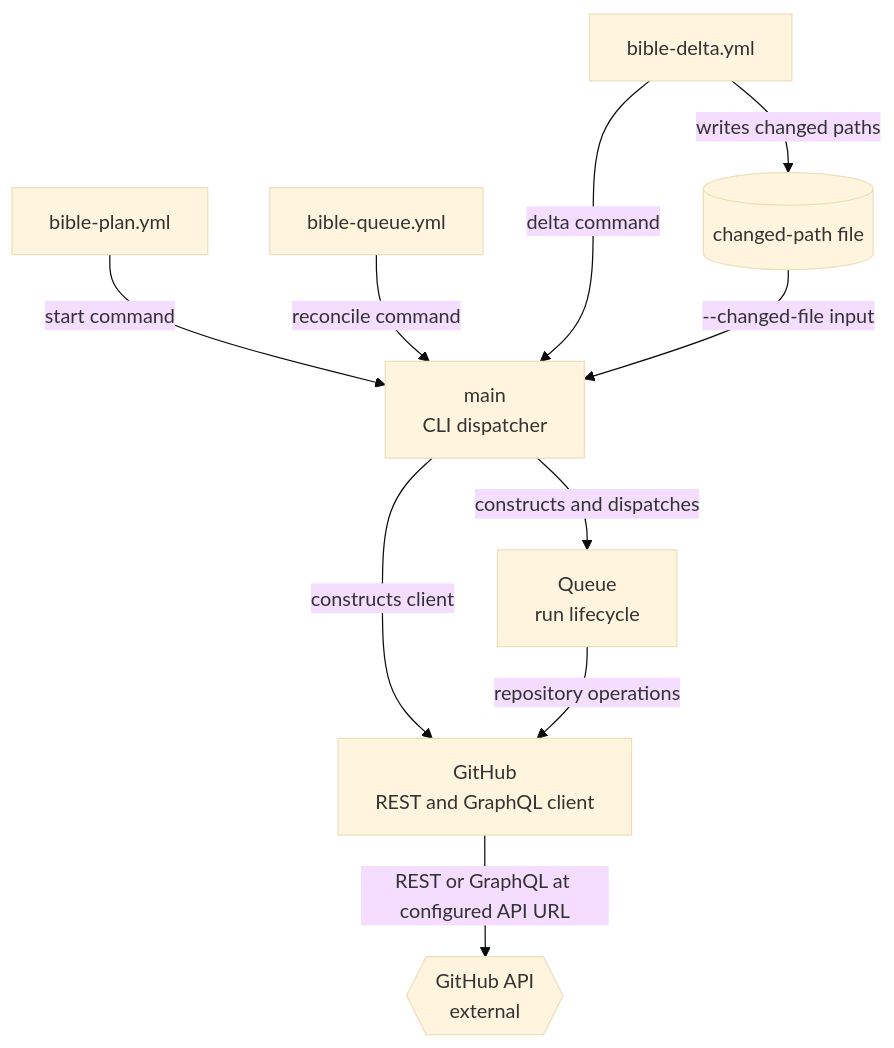
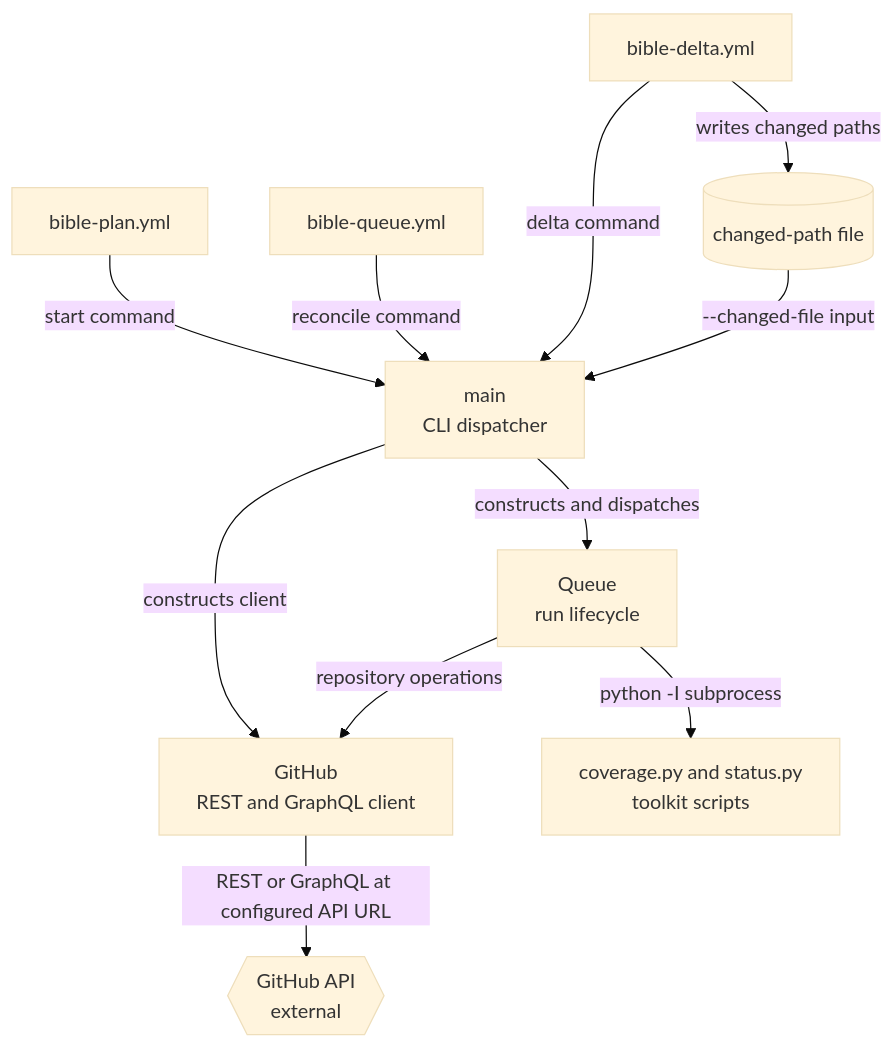
Before and after one commit to vishalc412/bible-mode-b-test: the first of 4 diagrams in codebase-analysis/lld/bible-mode-b/README.md, drawn with Mermaid (base theme). The commit also changed other lines of this file and 6 other files, not shown here.

````diff
--- a/codebase-analysis/lld/bible-mode-b/README.md
+++ b/codebase-analysis/lld/bible-mode-b/README.md
@@ -38,20 +40,22 @@
 ```mermaid
 flowchart TB
   planworkflow["bible-plan.yml"]
   queueworkflow["bible-queue.yml"]
   deltaworkflow["bible-delta.yml"]
   changedfile[("changed-path file")]
   main["main<br/>CLI dispatcher"]
   queue["Queue<br/>run lifecycle"]
   client["GitHub<br/>REST and GraphQL client"]
+  scripts["coverage.py and status.py<br/>toolkit scripts"]
   api{{"GitHub API<br/>external"}}
   planworkflow -->|"start command"| main
   queueworkflow -->|"reconcile command"| main
   deltaworkflow -->|"delta command"| main
   deltaworkflow -->|"writes changed paths"| changedfile
   changedfile -->|"--changed-file input"| main
   main -->|"constructs and dispatches"| queue
   main -->|"constructs client"| client
   queue -->|"repository operations"| client
+  queue -->|"python -I subprocess"| scripts
   client -->|"REST or GraphQL at configured API URL"| api
 ```
````
